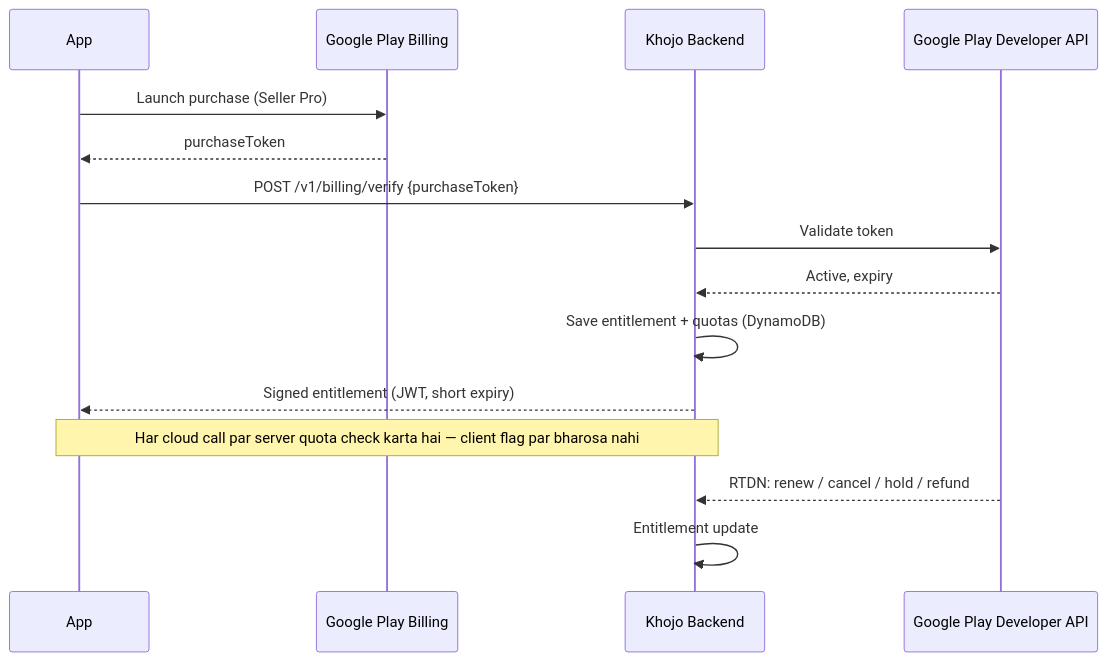
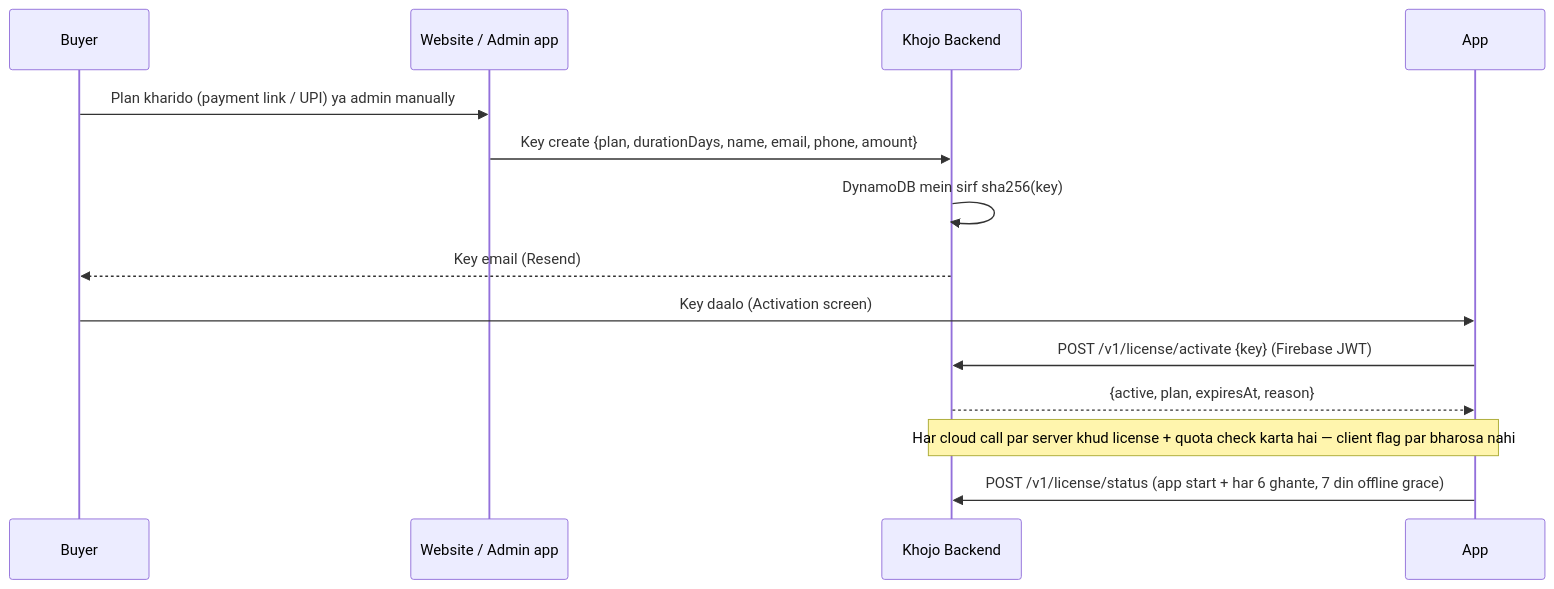
The seventh of 12 diagrams in docs/Khojo_AI_Final_Blueprint_v2.2.md (devxjitin/khojo-ai), drawn with Mermaid before and after one commit. The commit also changed other lines of this file and 5 other files, not shown here.

First line of the commit message:
Docs: drop Play Store, ship by website APK + OTA + activation keys

````diff
--- a/docs/Khojo_AI_Final_Blueprint_v2.2.md
+++ b/docs/Khojo_AI_Final_Blueprint_v2.2.md
@@ -442,17 +446,16 @@
 ```mermaid
 sequenceDiagram
+  participant B as Buyer
+  participant W as Website / Admin app
+  participant API as Khojo Backend
   participant App
-  participant Play as Google Play Billing
-  participant API as Khojo Backend
-  participant G as Google Play Developer API
-  App->>Play: Launch purchase (Seller Pro)
-  Play-->>App: purchaseToken
-  App->>API: POST /v1/billing/verify {purchaseToken}
-  API->>G: Validate token
-  G-->>API: Active, expiry
-  API->>API: Save entitlement + quotas (DynamoDB)
-  API-->>App: Signed entitlement (JWT, short expiry)
-  Note over App,API: Har cloud call par server quota check karta hai — client flag par bharosa nahi
-  G-->>API: RTDN: renew / cancel / hold / refund
-  API->>API: Entitlement update
+  B->>W: Plan kharido (payment link / UPI) ya admin manually
+  W->>API: Key create {plan, durationDays, name, email, phone, amount}
+  API->>API: DynamoDB mein sirf sha256(key)
+  API-->>B: Key email (Resend)
+  B->>App: Key daalo (Activation screen)
+  App->>API: POST /v1/license/activate {key} (Firebase JWT)
+  API-->>App: {active, plan, expiresAt, reason}
+  Note over App,API: Har cloud call par server khud license + quota check karta hai — client flag par bharosa nahi
+  App->>API: POST /v1/license/status (app start + har 6 ghante, 7 din offline grace)
 ```
````
